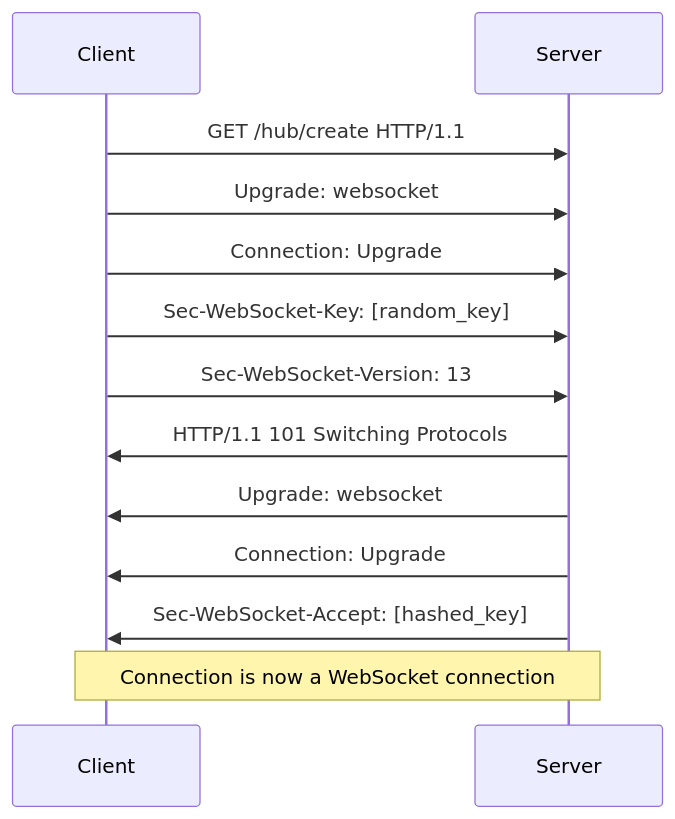
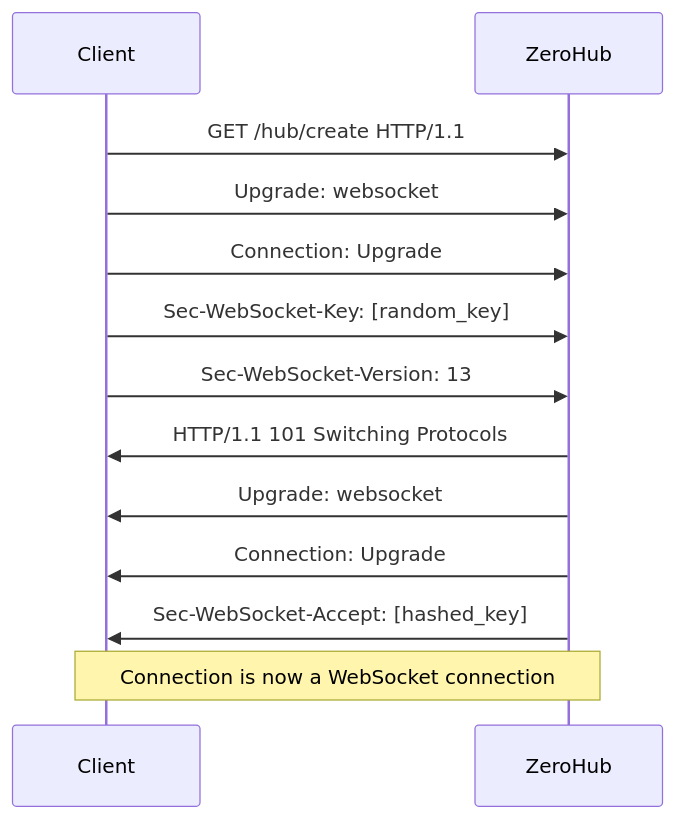
One commit to hotcode-dev/zerohub changed the diagram in README.md. Above: the diagram before and after it, drawn with Mermaid. The commit also changed other lines of this file and 2 other files, not shown here.

Commit message:
feat: add api version

````diff
--- a/README.md
+++ b/README.md
@@ -26,15 +26,15 @@
 ```mermaid
 sequenceDiagram
     participant Client
-    participant Server
+    participant Server as ZeroHub
     Client->>Server: GET /hub/create HTTP/1.1
     Client->>Server: Upgrade: websocket
     Client->>Server: Connection: Upgrade
     Client->>Server: Sec-WebSocket-Key: [random_key]
     Client->>Server: Sec-WebSocket-Version: 13
     Server->>Client: HTTP/1.1 101 Switching Protocols
     Server->>Client: Upgrade: websocket
     Server->>Client: Connection: Upgrade
     Server->>Client: Sec-WebSocket-Accept: [hashed_key]
     Note over Client,Server: Connection is now a WebSocket connection
 ```
````
